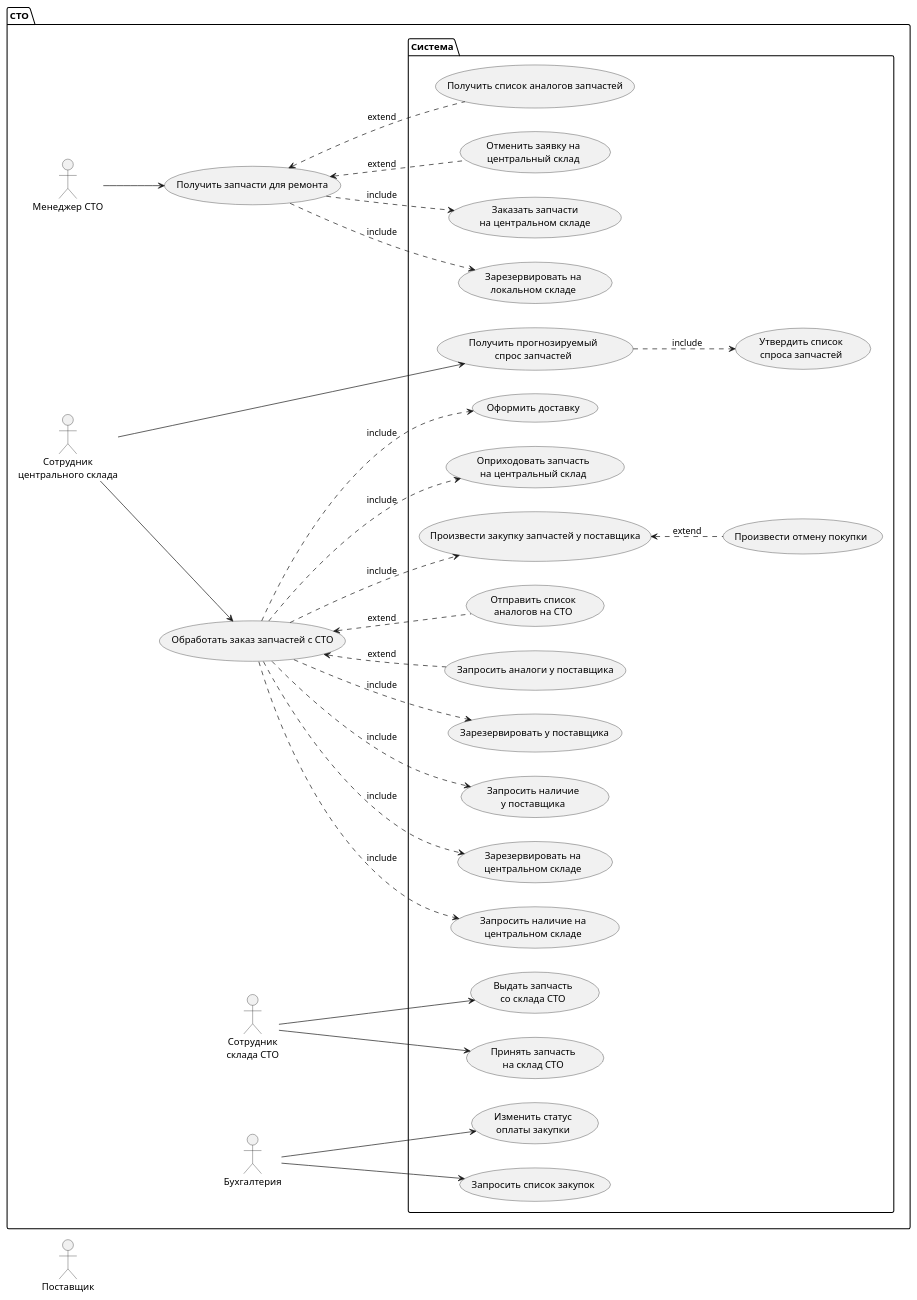
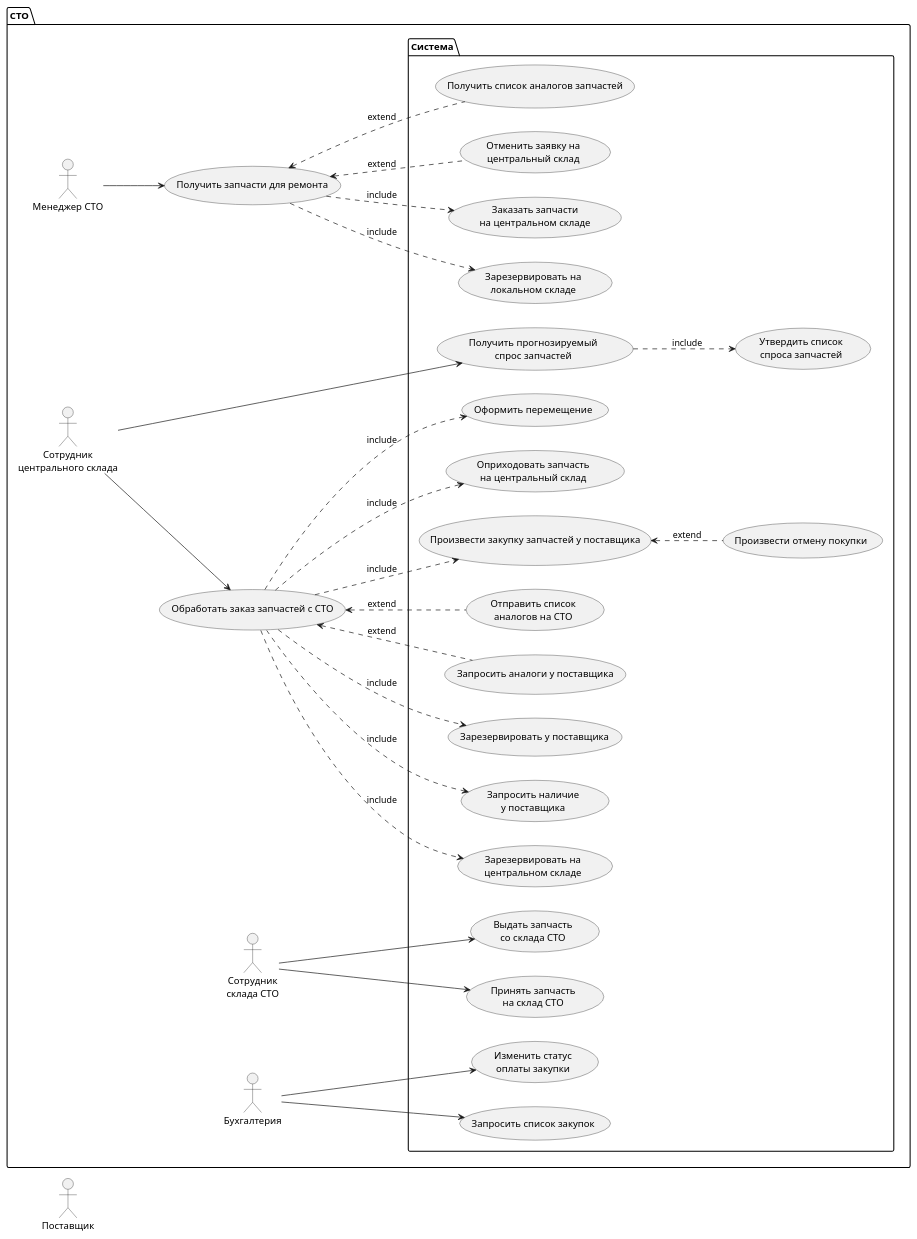
The diagram in UC/usecase.plantuml (aapoplavskii/Project_Otus_SA), drawn with PlantUML before and after one commit. The commit also changed 1 other file, not shown here.

Commit message:
переделал usecase.plantuml

```diff
--- a/UC/usecase.plantuml
+++ b/UC/usecase.plantuml
@@ -1,85 +1,83 @@
 @startuml Domaine modele
 left to right direction
 skinparam DefaultTextAlignment center
 
     actor Поставщик as provider
 
     package СТО {
                
     actor :Менеджер СТО: as manager
     actor :Сотрудник\nцентрального склада: as sklad
     actor :Сотрудник\nсклада СТО: as skladsto 
     actor :Бухгалтерия: as buh
     
 
     usecase "Получить запчасти для ремонта" as zakaz
 
     usecase "Обработать заказ запчастей с СТО" as processorder 
 
     
         
         package Система {            
 
             usecase "Зарезервировать на\nлокальном складе" as reservlocal
             usecase "Заказать запчасти\nна центральном складе" as app            
             usecase "Отменить заявку на\nцентральный склад" as cancelapp
             usecase "Получить список аналогов запчастей" as getanalog
             
 
             usecase "Принять запчасть\nна склад СТО" as accept
             usecase "Выдать запчасть\nсо склада СТО" as issuesto
 
             
-            usecase "Запросить наличие на\nцентральном складе" as zakazcenter
             usecase "Зарезервировать на\nцентральном складе" as reservcenter
             usecase "Запросить наличие\nу поставщика" as zakazdealer
             usecase "Зарезервировать у поставщика" as reservdealer
             usecase "Запросить аналоги у поставщика" as getanalogdealer
             usecase "Отправить список\nаналогов на СТО" as sendanalogdealer
             usecase "Произвести закупку запчастей у поставщика" as purchase
             usecase "Произвести отмену покупки" as cancelpurchase
             usecase "Оприходовать запчасть\nна центральный склад" as issuecenter
-            usecase "Оформить доставку" as senddelivery
+            usecase "Оформить перемещение" as senddelivery
 
             usecase "Получить прогнозируемый\nспрос запчастей" as getforecast
 
             usecase "Утвердить список\nспроса запчастей" as signforecast
 
             usecase "Запросить список закупок" as getlistpurchase
             usecase "Изменить статус\nоплаты закупки" as patchpurchase
 
 
                     
         }    
 
     manager --> zakaz
     zakaz ..> reservlocal : include
     zakaz <.. cancelapp : extend 
     zakaz <.. getanalog : extend
     zakaz ..> app : include
     
     skladsto --> accept
     skladsto --> issuesto
     
     sklad --> processorder
     processorder ..> purchase : include
 
-    processorder ..> zakazcenter : include
     processorder ..> reservcenter : include
     processorder ..> zakazdealer : include
     processorder ..> reservdealer : include
     processorder <.. getanalogdealer : extend
     processorder <.. sendanalogdealer : extend 
     processorder ..> issuecenter : include 
     processorder ..> senddelivery : include
 
     purchase <.. cancelpurchase : extend 
 
     sklad --> getforecast
     getforecast ..> signforecast : include 
 
     buh --> getlistpurchase
     buh --> patchpurchase
    
     }
 @enduml
```
